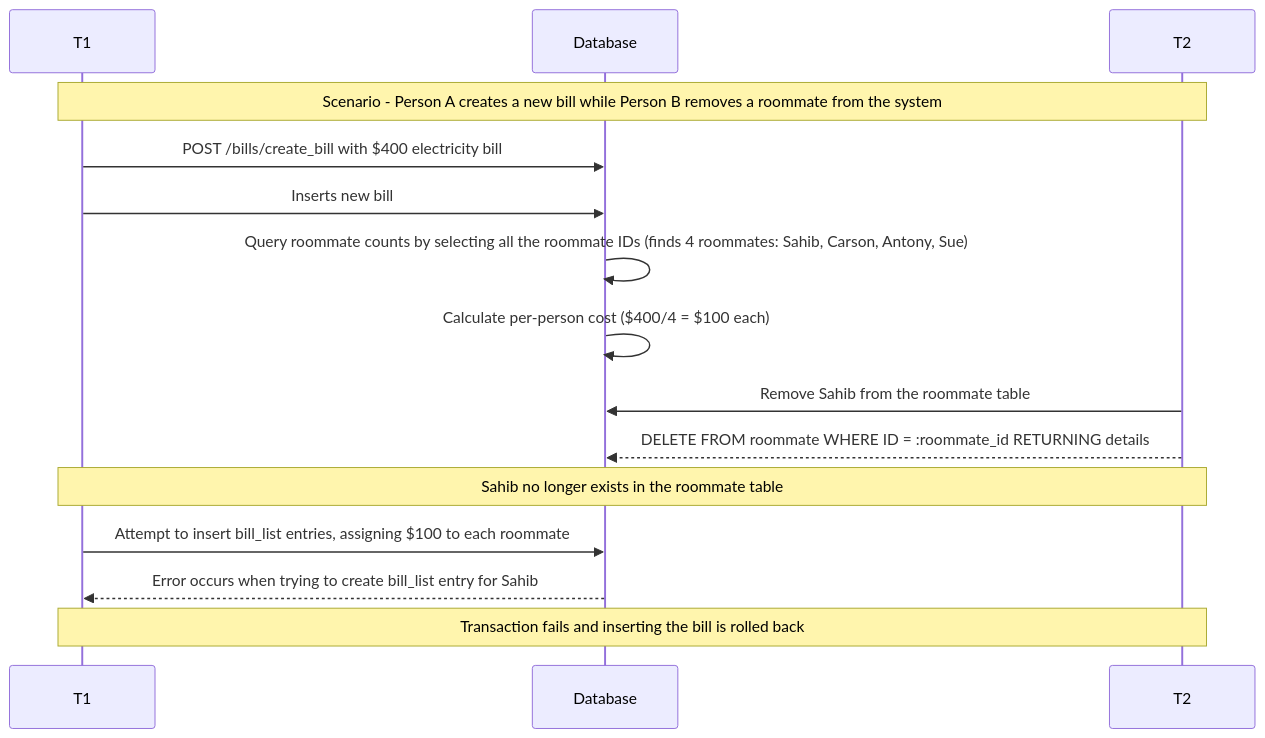
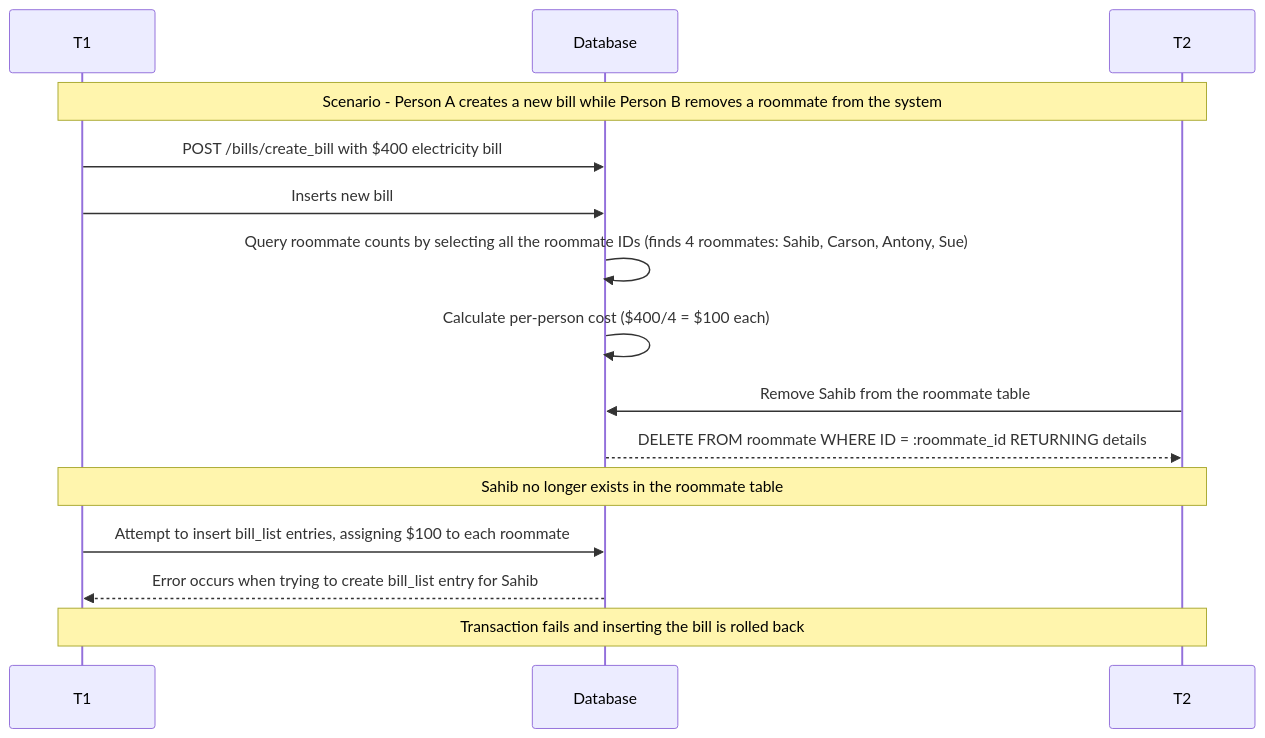
The first of 2 diagrams in docs/concurrency.md (s6hib/Chore-Tracker-API), drawn with Mermaid before and after one commit.

Commit message:
fix arrow line

````diff
--- a/docs/concurrency.md
+++ b/docs/concurrency.md
@@ -18,18 +18,18 @@
 ``` mermaid
 sequenceDiagram
     participant T1
     participant Database
     participant T2
 
     Note over T1, T2: Scenario - Person A creates a new bill while Person B removes a roommate from the system
     T1->>Database: POST /bills/create_bill with $400 electricity bill
     T1->>Database: Inserts new bill # 14 into the bill table
     Database->>Database: Query roommate counts by selecting all the roommate IDs (finds 4 roommates: Sahib, Carson, Antony, Sue)
     Database->>Database: Calculate per-person cost ($400/4 = $100 each)
     T2->>Database: Remove Sahib from the roommate table
-    T2-->>Database: DELETE FROM roommate WHERE ID = :roommate_id RETURNING details
+    Database-->>T2: DELETE FROM roommate WHERE ID = :roommate_id RETURNING details
     Note over T1, T2: Sahib no longer exists in the roommate table
     T1->>Database: Attempt to insert bill_list entries, assigning $100 to each roommate
     Database-->>T1: Error occurs when trying to create bill_list entry for Sahib
     Note over T1, T2: Transaction fails and inserting the bill is rolled back
 ```
````
